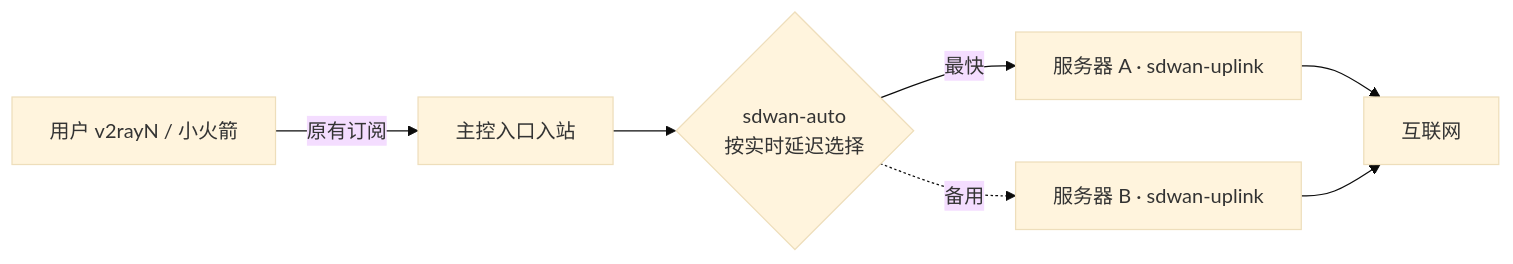
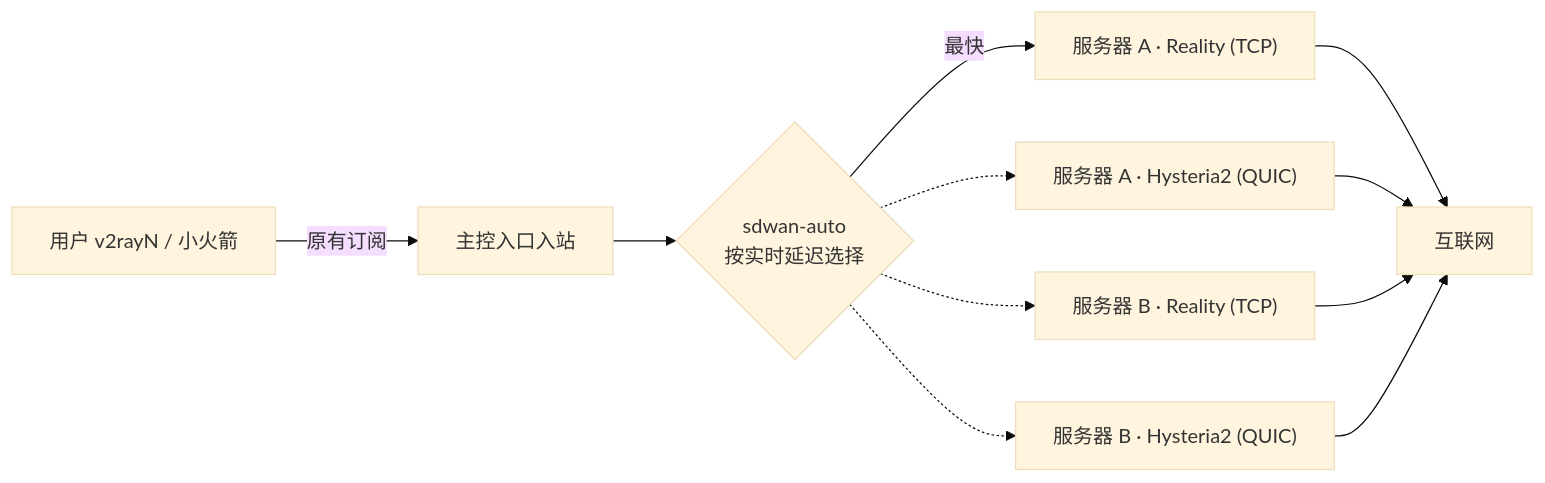
The second of 2 diagrams in README.md (Hhz0823/1s-ui), drawn with Mermaid (base theme) before and after one commit. The commit also changed other lines of this file and 12 other files, not shown here.

````diff
--- a/README.md
+++ b/README.md
@@ -251,9 +251,13 @@
 ```mermaid
 flowchart LR
     U["用户 v2rayN / 小火箭"] -->|"原有订阅"| M["主控入口入站"]
     M --> G{"sdwan-auto<br/>按实时延迟选择"}
-    G -->|"最快"| A["服务器 A · sdwan-uplink"]
-    G -.->|"备用"| B["服务器 B · sdwan-uplink"]
-    A --> I["互联网"]
-    B --> I
+    G -->|"最快"| AR["服务器 A · Reality (TCP)"]
+    G -.-> AH["服务器 A · Hysteria2 (QUIC)"]
+    G -.-> BR["服务器 B · Reality (TCP)"]
+    G -.-> BH["服务器 B · Hysteria2 (QUIC)"]
+    AR --> I["互联网"]
+    AH --> I
+    BR --> I
+    BH --> I
 ```
````
